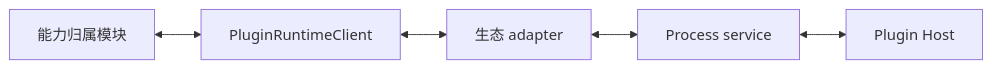
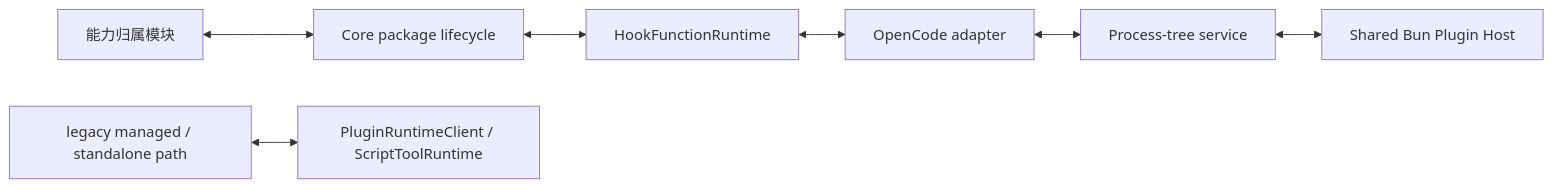
Before and after one commit to 1688mengdie/BitFun: the tenth of 16 diagrams in docs/architecture/product-architecture.md, drawn with Mermaid. The commit also changed other lines of this file and 17 other files, not shown here.

Commit message:
fix(extensions): harden OpenCode plugin runtime integration

````diff
--- a/docs/architecture/product-architecture.md
+++ b/docs/architecture/product-architecture.md
@@ -617,7 +622,9 @@
 ```mermaid
 flowchart LR
-  Owner["能力归属模块"] <--> Client["PluginRuntimeClient"]
-  Client <--> Adapter["生态 adapter"]
-  Adapter <--> Service["Process service"]
-  Service <--> Host["Plugin Host"]
+  Owner["能力归属模块"] <--> Lifecycle["Core package lifecycle"]
+  Lifecycle <--> Runtime["HookFunctionRuntime"]
+  Runtime <--> Adapter["OpenCode adapter"]
+  Adapter <--> Service["Process-tree service"]
+  Service <--> Host["Shared Bun Plugin Host"]
+  Legacy["legacy managed / standalone path"] <--> Client["PluginRuntimeClient / ScriptToolRuntime"]
 ```
````
